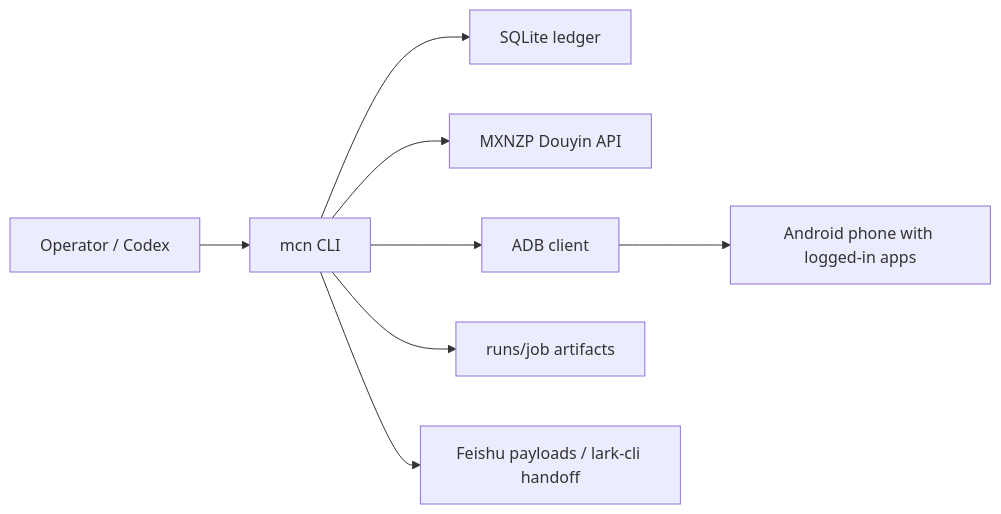
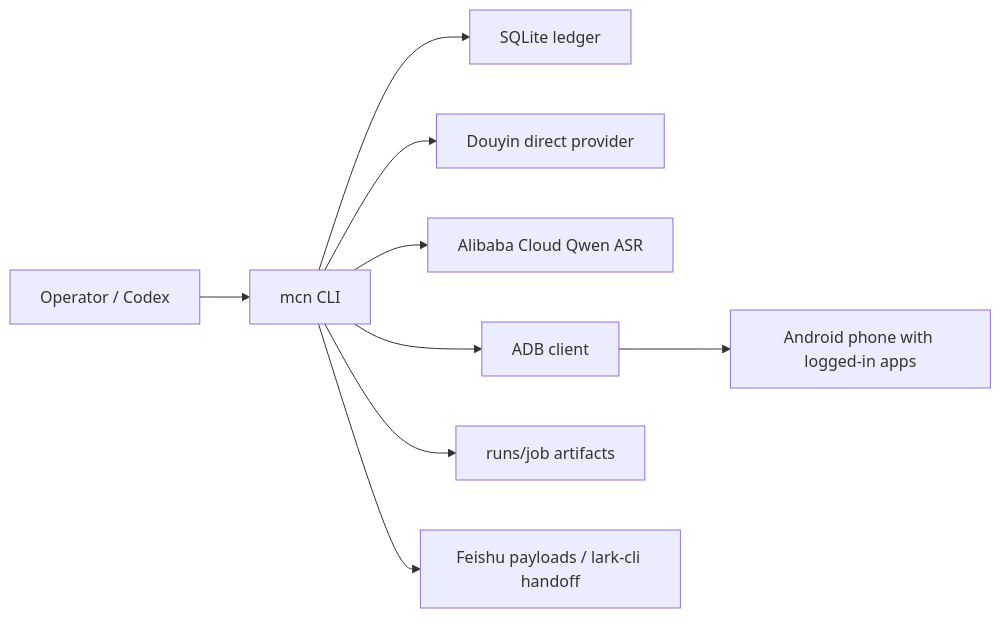
One commit to qiaozhang1225/codex-mcn-ops changed the diagram in docs/technical-spec.md. Above: the diagram before and after it, drawn with Mermaid. The commit also changed other lines of this file and 19 other files, not shown here.

````diff
--- a/docs/technical-spec.md
+++ b/docs/technical-spec.md
@@ -7,10 +7,11 @@
 ```mermaid
 flowchart LR
   User["Operator / Codex"] --> CLI["mcn CLI"]
   CLI --> SQLite["SQLite ledger"]
-  CLI --> MXNZP["MXNZP Douyin API"]
+  CLI --> Douyin["Douyin direct provider"]
+  CLI --> Bailian["Alibaba Cloud Qwen ASR"]
   CLI --> ADB["ADB client"]
   ADB --> Phone["Android phone with logged-in apps"]
   CLI --> Runs["runs/job artifacts"]
   CLI --> Feishu["Feishu payloads / lark-cli handoff"]
 ```
````
